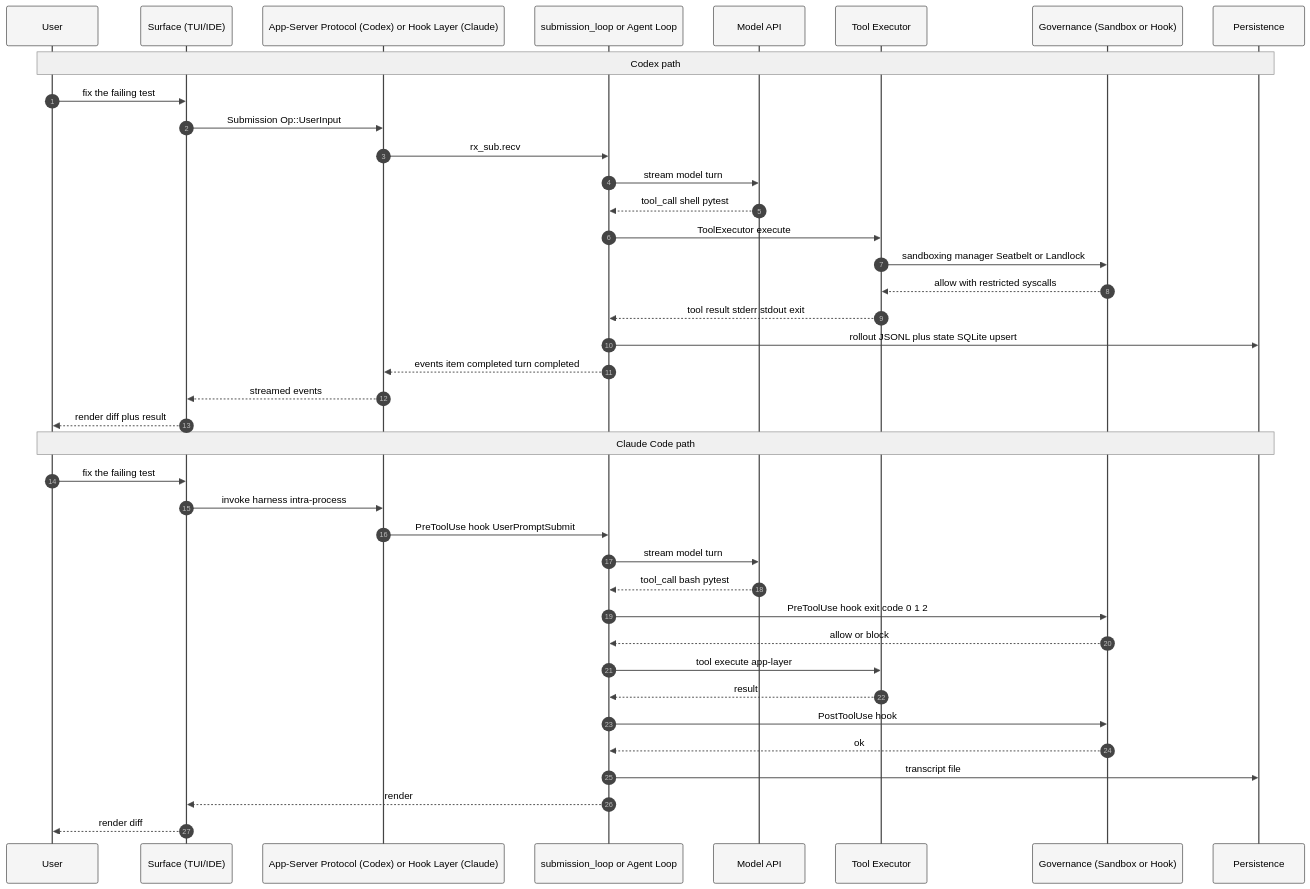
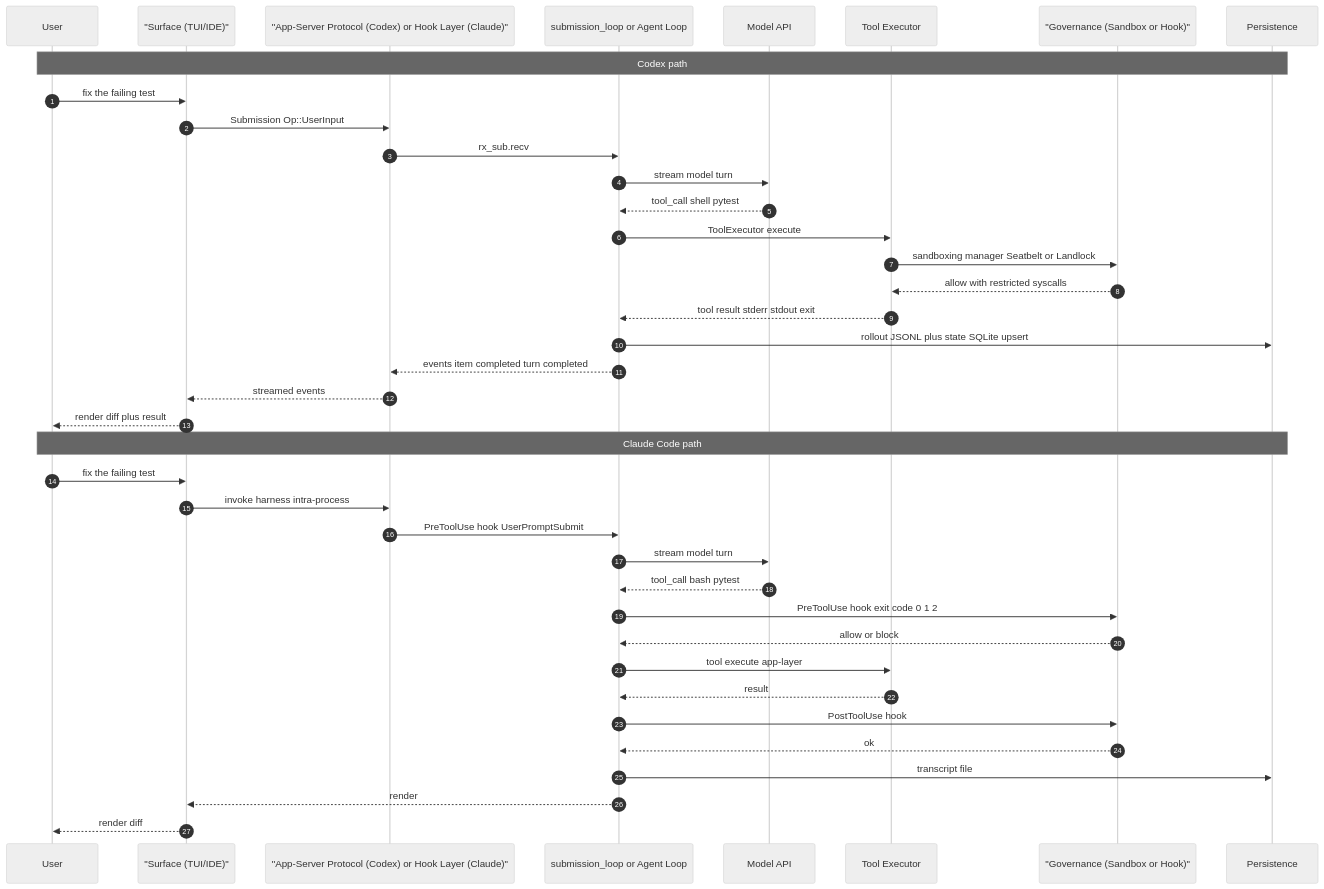
Before and after one commit to GLBB/codex-source-analysis: the fifth of 6 diagrams in Part III Comparative Analysis/24-Codex与同类对比.md, drawn with Mermaid. The commit also changed other lines of this file and 29 other files, not shown here.

````diff
--- a/Part III Comparative Analysis/24-Codex与同类对比.md
+++ b/Part III Comparative Analysis/24-Codex与同类对比.md
@@ -511,44 +511,44 @@
 ```mermaid
-%%{init: {"theme": "base", "themeCSS": "svg { background: #ffffff !important; } .label, .messageText, .loopText, .noteText, text { color: #000000 !important; fill: #000000 !important; }", "themeVariables": {"background": "#ffffff", "mainBkg": "#ffffff", "primaryColor": "#f5f5f5", "primaryTextColor": "#000000", "primaryBorderColor": "#333333", "lineColor": "#444444", "textColor": "#000000", "actorBkg": "#f5f5f5", "actorBorder": "#333333", "actorTextColor": "#000000", "actorLineColor": "#444444", "activationBkg": "#e8e8e8", "activationBorderColor": "#333333", "noteBkgColor": "#f0f0f0", "noteBorderColor": "#888888", "noteTextColor": "#000000", "signalColor": "#444444", "signalTextColor": "#000000", "fontFamily": "Helvetica"}}}%%
+%%{init:{'theme':'neutral','themeVariables':{'background':'#ffffff'}}}%%
 sequenceDiagram
     autonumber
     participant U as User
-    participant S as Surface (TUI/IDE)
-    participant P as App-Server Protocol (Codex) or Hook Layer (Claude)
+    participant S as "Surface (TUI/IDE)"
+    participant P as "App-Server Protocol (Codex) or Hook Layer (Claude)"
     participant L as submission_loop or Agent Loop
     participant M as Model API
     participant T as Tool Executor
-    participant G as Governance (Sandbox or Hook)
+    participant G as "Governance (Sandbox or Hook)"
     participant R as Persistence
 
     Note over U,R: Codex path
     U->>S: fix the failing test
     S->>P: Submission Op::UserInput
     P->>L: rx_sub.recv
     L->>M: stream model turn
     M-->>L: tool_call shell pytest
     L->>T: ToolExecutor execute
     T->>G: sandboxing manager Seatbelt or Landlock
     G-->>T: allow with restricted syscalls
     T-->>L: tool result stderr stdout exit
     L->>R: rollout JSONL plus state SQLite upsert
     L-->>P: events item completed turn completed
     P-->>S: streamed events
     S-->>U: render diff plus result
 
     Note over U,R: Claude Code path
     U->>S: fix the failing test
     S->>P: invoke harness intra-process
     P->>L: PreToolUse hook UserPromptSubmit
     L->>M: stream model turn
     M-->>L: tool_call bash pytest
     L->>G: PreToolUse hook exit code 0 1 2
     G-->>L: allow or block
     L->>T: tool execute app-layer
     T-->>L: result
     L->>G: PostToolUse hook
     G-->>L: ok
     L->>R: transcript file
     L-->>S: render
     S-->>U: render diff
 ```
````
